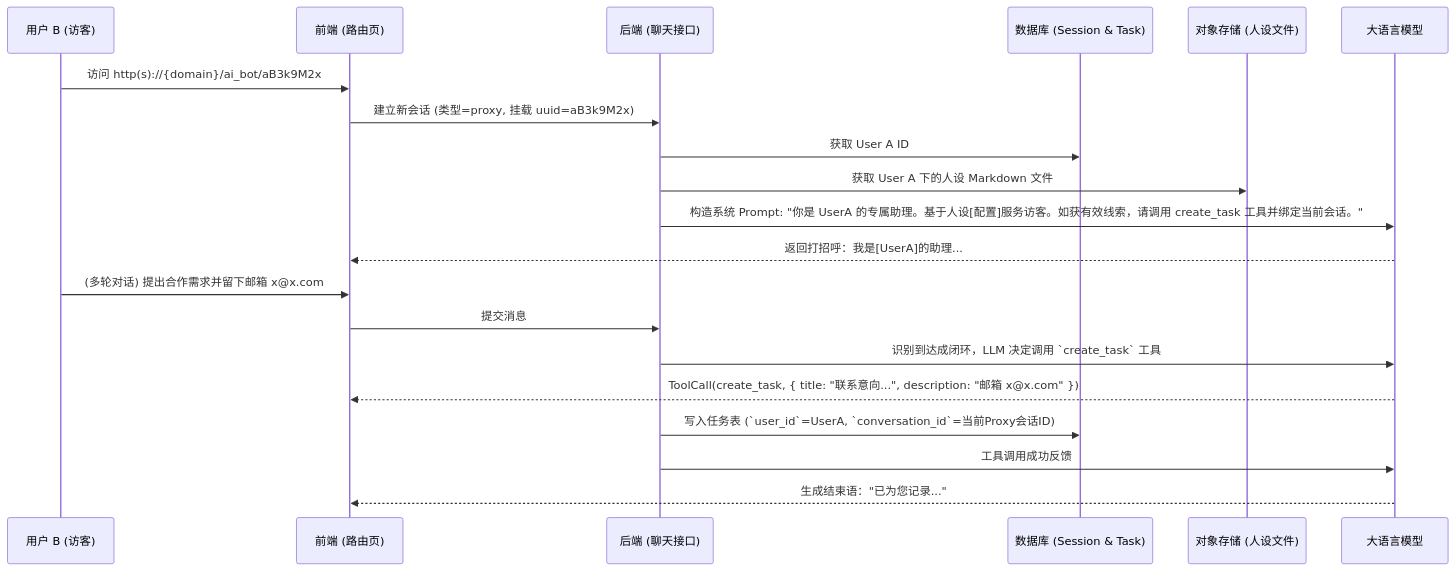
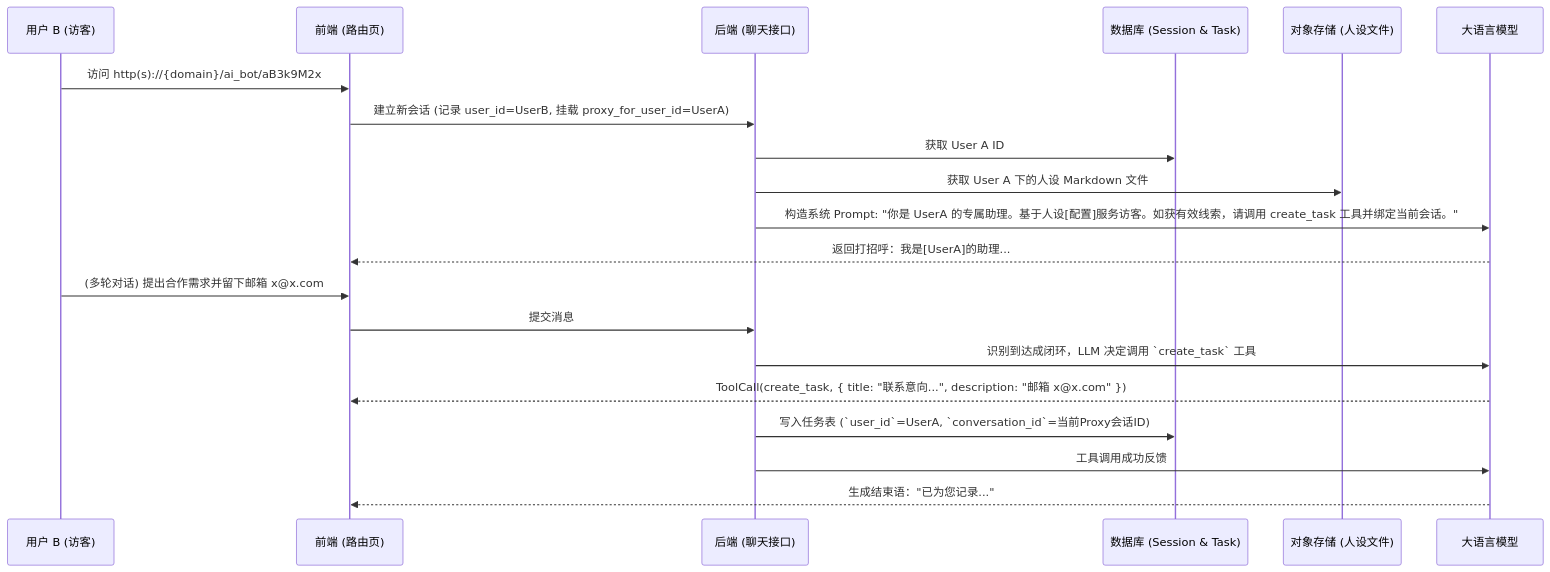
Before and after one commit to jackforest2014/ai_bot_jsa: the diagram in docs/products/ai_proxy_demo.md, drawn with Mermaid. The commit also changed other lines of this file and 1 other file, not shown here.

Commit message:
ai proxy demo 修改版

````diff
--- a/docs/products/ai_proxy_demo.md
+++ b/docs/products/ai_proxy_demo.md
@@ -93,28 +94,28 @@
 ```mermaid
 sequenceDiagram
     participant UserB as 用户 B (访客)
     participant UI as 前端 (路由页)
     participant API as 后端 (聊天接口)
     participant D1 as 数据库 (Session & Task)
     participant R2 as 对象存储 (人设文件)
     participant LLM as 大语言模型
 
     UserB->>UI: 访问 http(s)://{domain}/ai_bot/aB3k9M2x
-    UI->>API: 建立新会话 (类型=proxy, 挂载 uuid=aB3k9M2x)
+    UI->>API: 建立新会话 (记录 user_id=UserB, 挂载 proxy_for_user_id=UserA)
     
     API->>D1: 获取 User A ID
     API->>R2: 获取 User A 下的人设 Markdown 文件
     
     API->>LLM: 构造系统 Prompt: "你是 UserA 的专属助理。基于人设[配置]服务访客。如获有效线索，请调用 create_task 工具并绑定当前会话。"
     LLM-->>UI: 返回打招呼：我是[UserA]的助理...
     
     UserB->>UI: (多轮对话) 提出合作需求并留下邮箱 x@x.com
     UI->>API: 提交消息
     
     API->>LLM: 识别到达成闭环，LLM 决定调用 `create_task` 工具
     LLM-->>UI: ToolCall(create_task, { title: "联系意向...", description: "邮箱 x@x.com" })
     
     API->>D1: 写入任务表 (`user_id`=UserA, `conversation_id`=当前Proxy会话ID)
     API->>LLM: 工具调用成功反馈
     LLM-->>UI: 生成结束语："已为您记录..."
 ```
````
